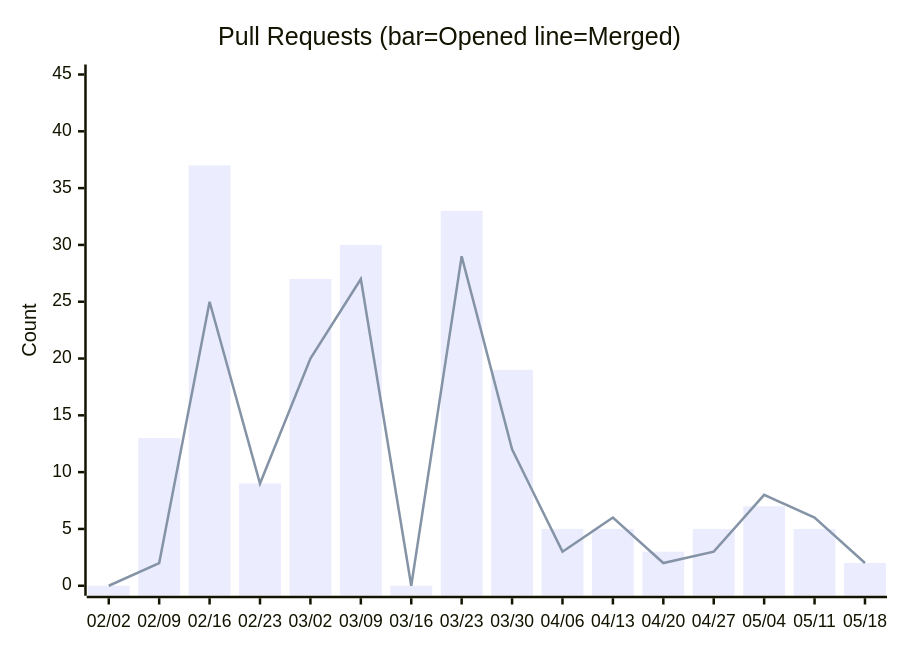
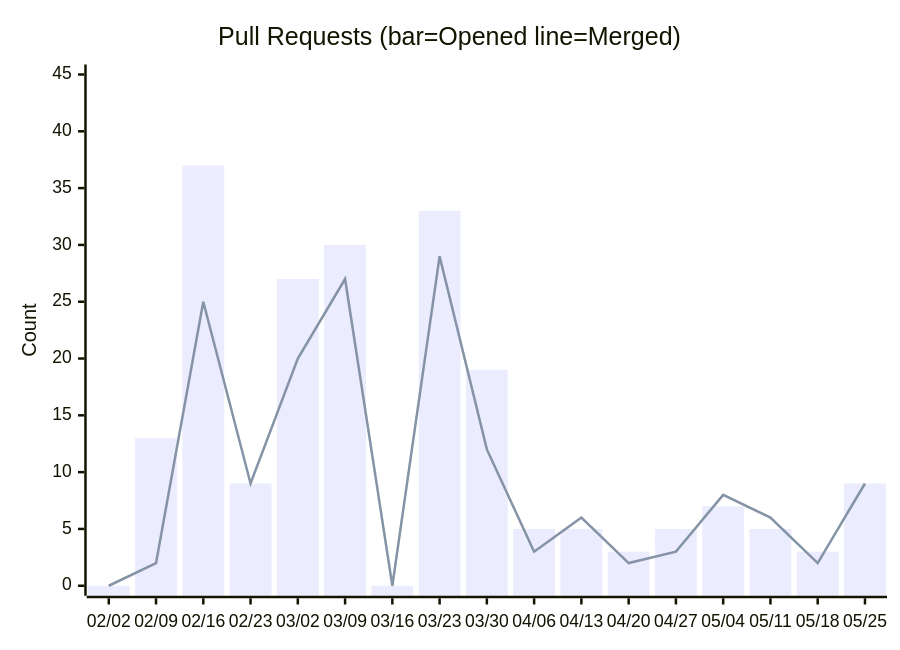
Before and after one commit to nablarch/nabledge-dev: the sixth of 14 diagrams in docs/metrics.md, drawn with Mermaid. The commit also changed other lines of this file and 2 other files, not shown here.

````diff
--- a/docs/metrics.md
+++ b/docs/metrics.md
@@ -100,8 +100,8 @@
 ```mermaid
 xychart-beta
   title "Pull Requests (bar=Opened  line=Merged)"
-  x-axis ["02/02", "02/09", "02/16", "02/23", "03/02", "03/09", "03/16", "03/23", "03/30", "04/06", "04/13", "04/20", "04/27", "05/04", "05/11", "05/18"]
+  x-axis ["02/02", "02/09", "02/16", "02/23", "03/02", "03/09", "03/16", "03/23", "03/30", "04/06", "04/13", "04/20", "04/27", "05/04", "05/11", "05/18", "05/25"]
   y-axis "Count" 0 --> 45
-  bar [0, 13, 37, 9, 27, 30, 0, 33, 19, 5, 5, 3, 5, 7, 5, 2]
-  line [0, 2, 25, 9, 20, 27, 0, 29, 12, 3, 6, 2, 3, 8, 6, 2]
+  bar [0, 13, 37, 9, 27, 30, 0, 33, 19, 5, 5, 3, 5, 7, 5, 3, 9]
+  line [0, 2, 25, 9, 20, 27, 0, 29, 12, 3, 6, 2, 3, 8, 6, 2, 9]
 ```
````
